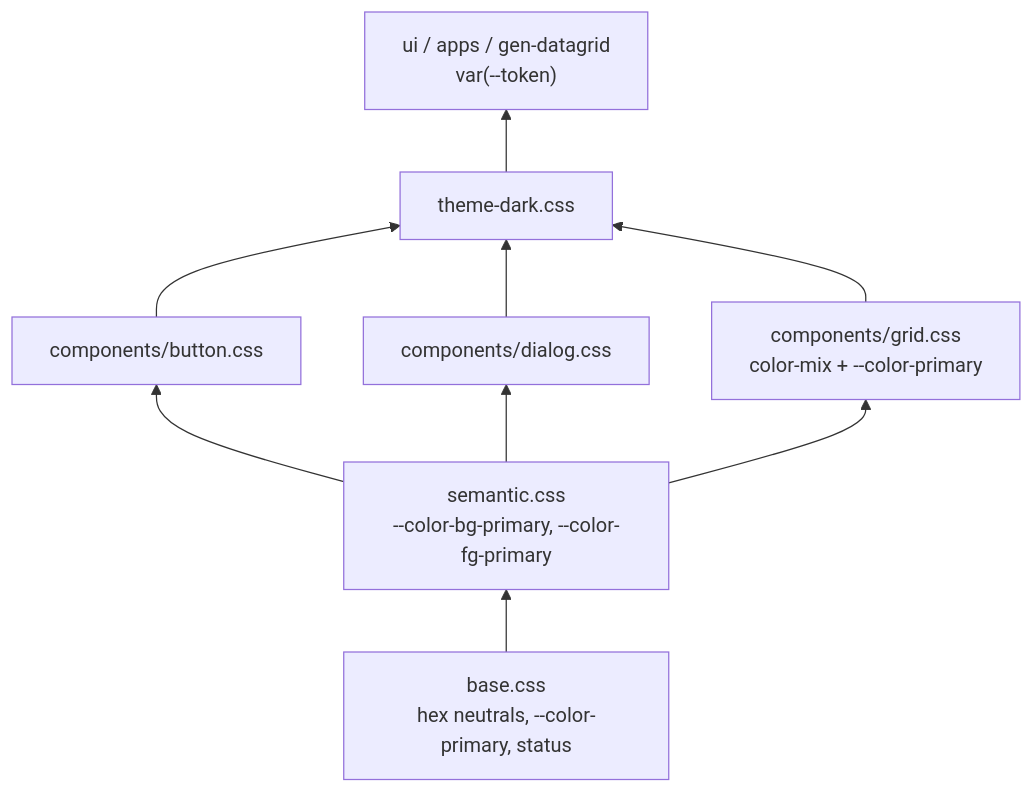
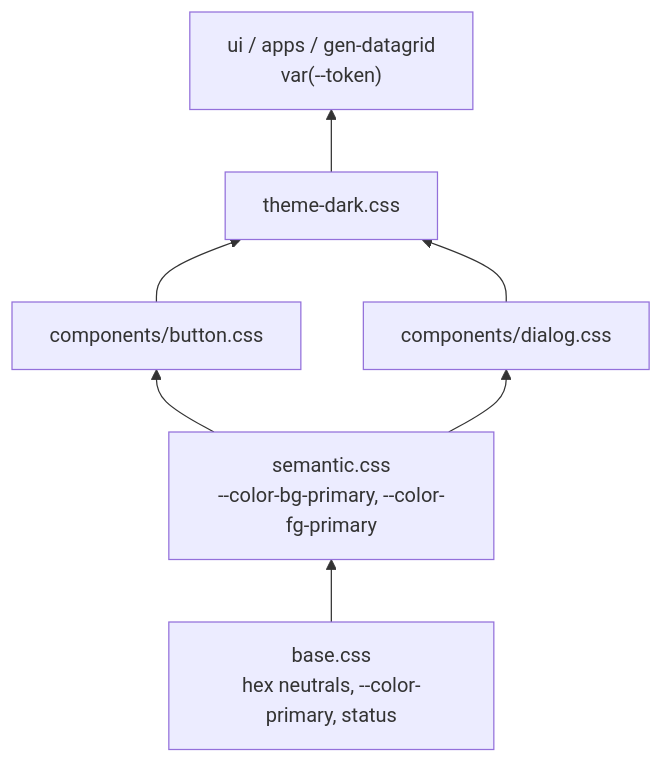
One commit to truerain/genoffice-v2 changed the second of 6 diagrams in packages/theme/.docs/architecture.md. Above: the diagram before and after it, drawn with Mermaid. The commit also changed other lines of this file and 13 other files, not shown here.

````diff
--- a/packages/theme/.docs/architecture.md
+++ b/packages/theme/.docs/architecture.md
@@ -106,15 +106,14 @@
 ```mermaid
 flowchart BT
   BASE["base.css<br/>hex neutrals, --color-primary, status"]
   SEM["semantic.css<br/>--color-bg-primary, --color-fg-primary"]
   BTN["components/button.css"]
   DLG["components/dialog.css"]
-  GRD["components/grid.css<br/>color-mix + --color-primary"]
   DARK["theme-dark.css"]
   APP["ui / apps / gen-datagrid<br/>var(--token)"]
 
   BASE --> SEM
-  SEM --> BTN & DLG & GRD
-  BTN & DLG & GRD --> DARK
+  SEM --> BTN & DLG
+  BTN & DLG --> DARK
   DARK --> APP
 ```
````
